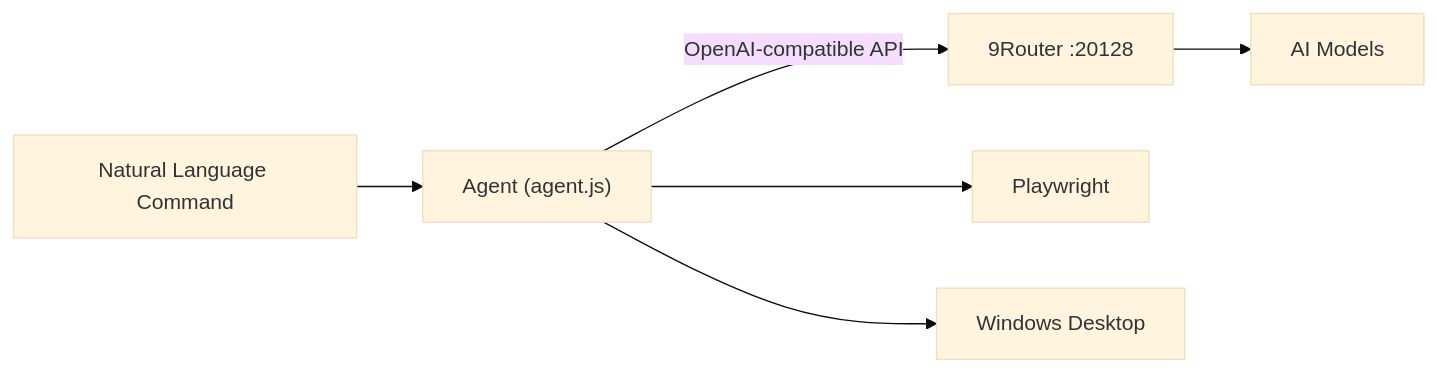
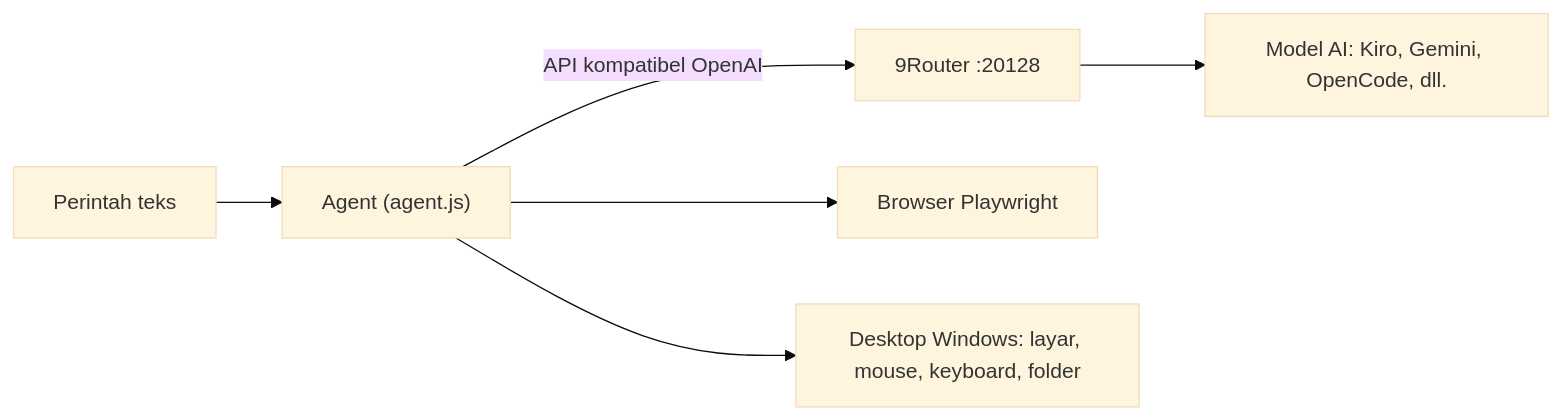
The diagram in README.md (unkownBrown/AgentAutomation), drawn with Mermaid (base theme) before and after one commit. The commit also changed other lines of this file and 5 other files, not shown here.

````diff
--- a/README.md
+++ b/README.md
@@ -40,8 +38,8 @@
 ```mermaid
 flowchart LR
-    U["Natural Language Command"] --> A["Agent (agent.js)"]
-    A -->|"OpenAI-compatible API"| R["9Router :20128"]
-    R --> M["AI Models"]
-    A --> B["Playwright"]
-    A --> D["Windows Desktop"]
+    U["Perintah teks"] --> A["Agent (agent.js)"]
+    A -->|"API kompatibel OpenAI"| R["9Router :20128"]
+    R --> M["Model AI: Kiro, Gemini, OpenCode, dll."]
+    A --> B["Browser Playwright"]
+    A --> D["Desktop Windows: layar, mouse, keyboard, folder"]
 ```
````
